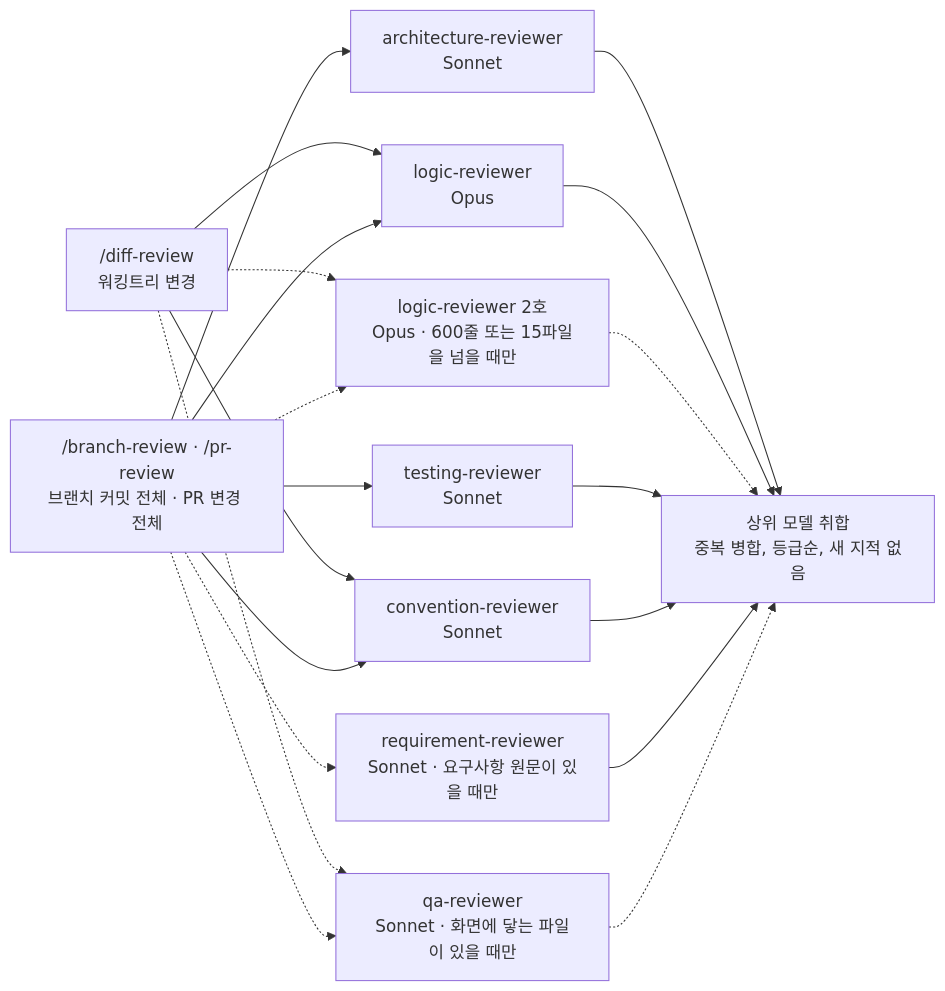
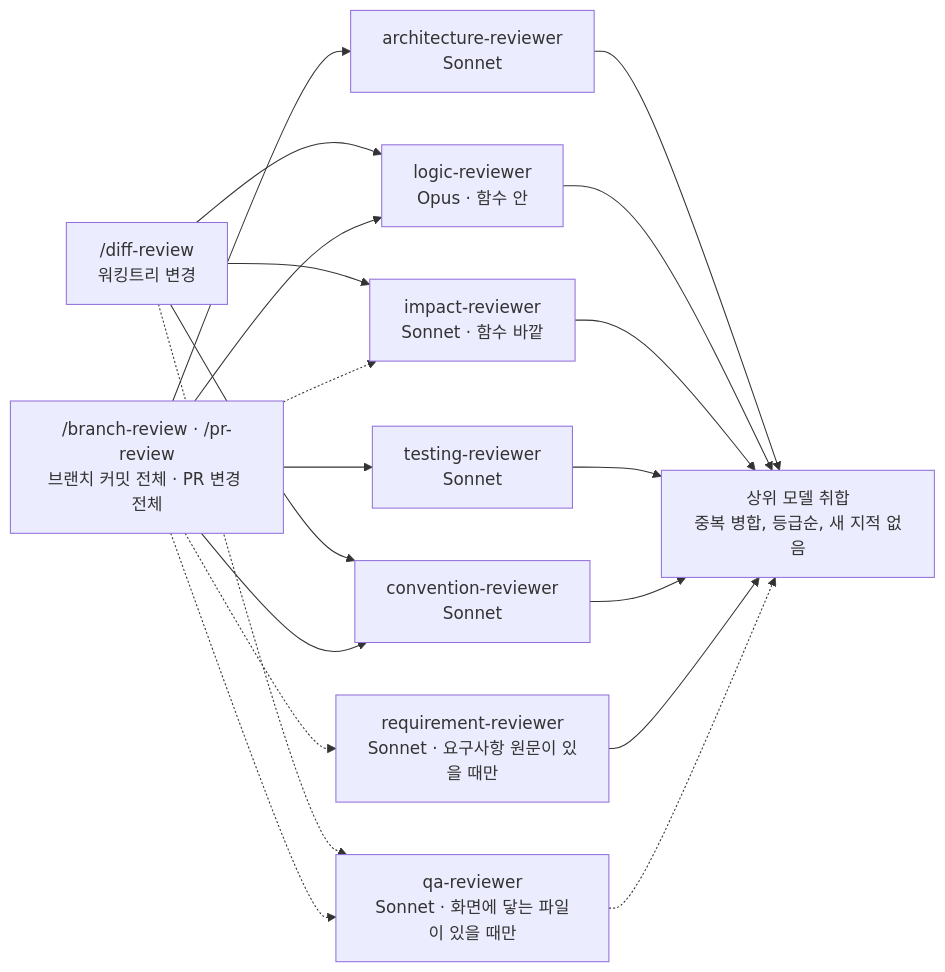
One commit to 1Dohyeon/claude-sync changed the second of 2 diagrams in README.md. Above: the diagram before and after it, drawn with Mermaid. The commit also changed other lines of this file and 11 other files, not shown here.

````diff
--- a/README.md
+++ b/README.md
@@ -111,23 +110,23 @@
 ```mermaid
 flowchart LR
-    D["/diff-review<br/>워킹트리 변경"] --> LG["logic-reviewer<br/>Opus"]
+    D["/diff-review<br/>워킹트리 변경"] --> LG["logic-reviewer<br/>Opus · 함수 안"]
+    D --> IM["impact-reviewer<br/>Sonnet · 함수 바깥"]
     D --> CV["convention-reviewer<br/>Sonnet"]
-    D -.-> LG2["logic-reviewer 2호<br/>Opus · 600줄 또는 15파일을 넘을 때만"]
     D -.-> QA["qa-reviewer<br/>Sonnet · 화면에 닿는 파일이 있을 때만"]
 
     BP["/branch-review · /pr-review<br/>브랜치 커밋 전체 · PR 변경 전체"] --> AR["architecture-reviewer<br/>Sonnet"]
     BP --> LG
     BP --> TS["testing-reviewer<br/>Sonnet"]
     BP --> CV
-    BP -.-> LG2
+    BP -.-> IM
     BP -.-> RQ["requirement-reviewer<br/>Sonnet · 요구사항 원문이 있을 때만"]
     BP -.-> QA
 
     AR --> M["상위 모델 취합<br/>중복 병합, 등급순, 새 지적 없음"]
     LG --> M
-    LG2 -.-> M
+    IM --> M
     TS --> M
     CV --> M
     RQ --> M
     QA -.-> M
 ```
````
